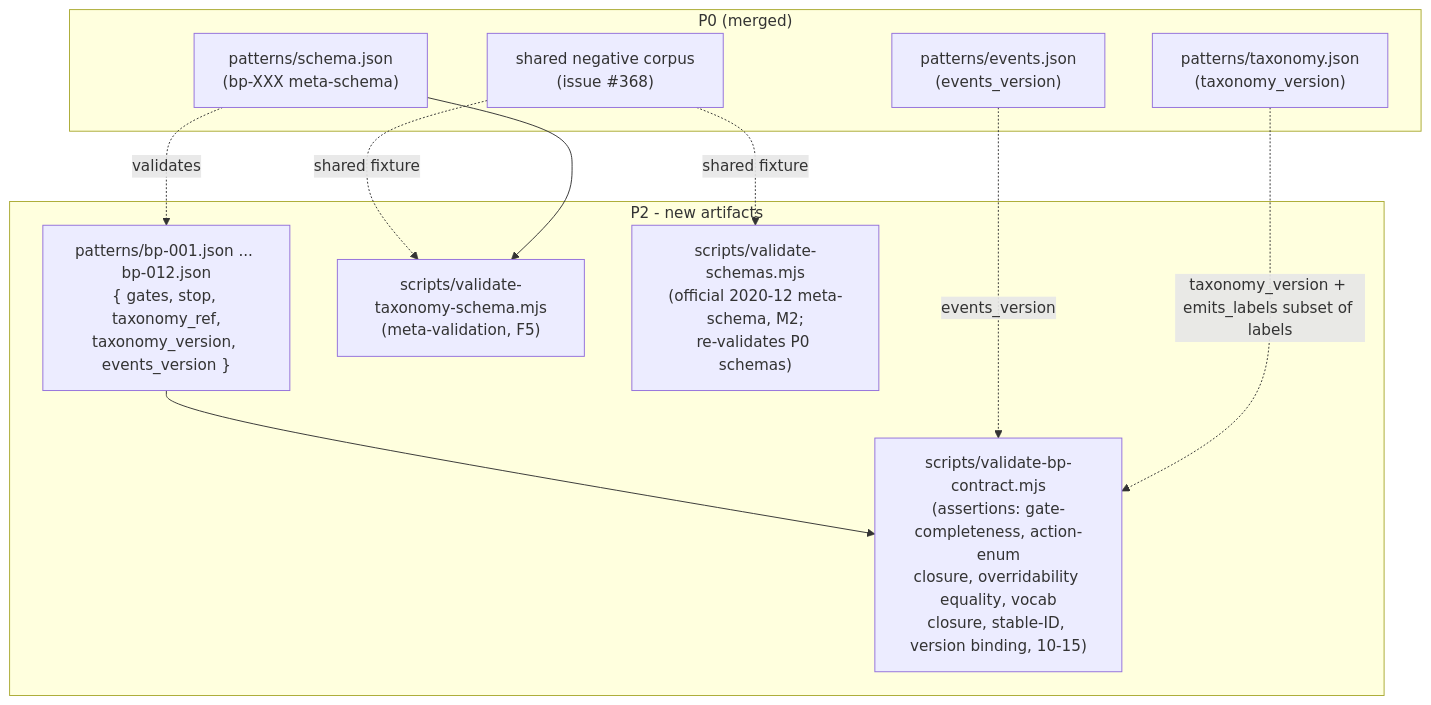
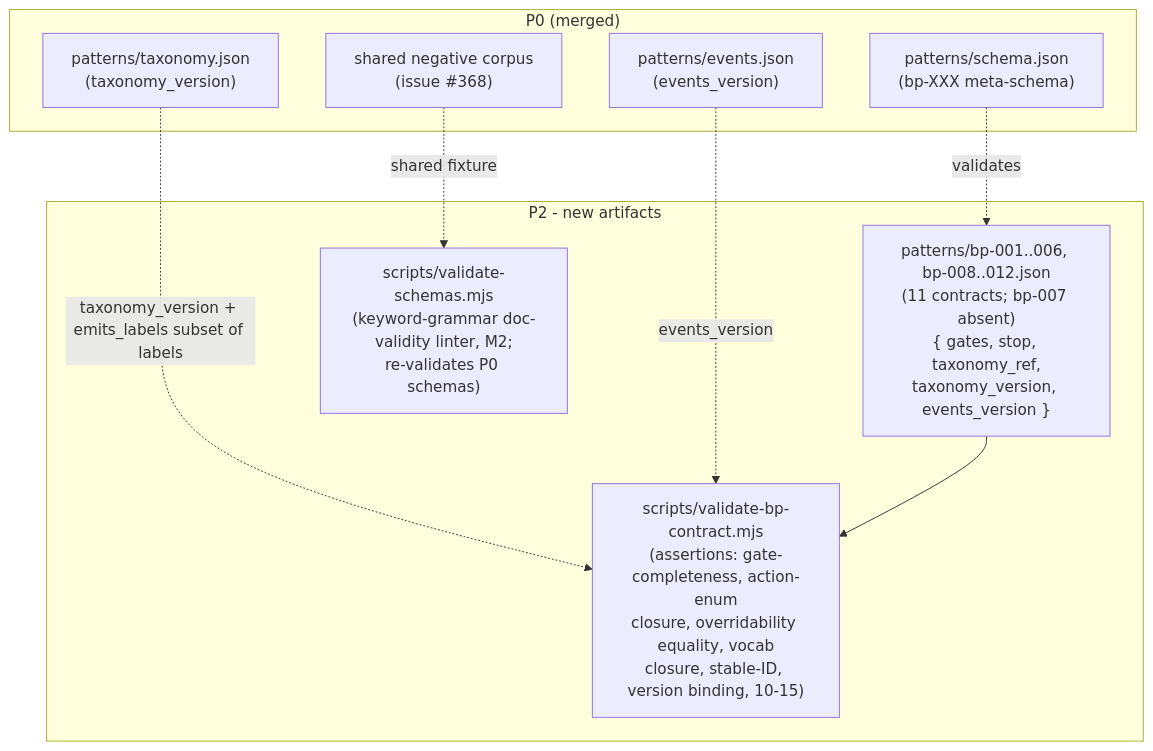
One commit to lantisprime/episodic-memory changed the diagram in docs/rfcs/RFC-008/P2-bp-contracts.md. Above: the diagram before and after it, drawn with Mermaid. The commit also changed other lines of this file and 3 other files, not shown here.

````diff
--- a/docs/rfcs/RFC-008/P2-bp-contracts.md
+++ b/docs/rfcs/RFC-008/P2-bp-contracts.md
@@ -19,24 +19,21 @@
 ```mermaid
 graph TB
     subgraph P0["P0 (merged)"]
         META["patterns/schema.json<br/>(bp-XXX meta-schema)"]
         TAX["patterns/taxonomy.json<br/>(taxonomy_version)"]
         EVS["patterns/events.json<br/>(events_version)"]
         CORP["shared negative corpus<br/>(issue #368)"]
     end
 
     subgraph P2NEW["P2 - new artifacts"]
-        BP["patterns/bp-001.json ... bp-012.json<br/>{ gates, stop, taxonomy_ref,<br/>taxonomy_version, events_version }"]
+        BP["patterns/bp-001..006, bp-008..012.json<br/>(11 contracts; bp-007 absent)<br/>{ gates, stop, taxonomy_ref,<br/>taxonomy_version, events_version }"]
         VBP["scripts/validate-bp-contract.mjs<br/>(assertions: gate-completeness, action-enum<br/>closure, overridability equality, vocab<br/>closure, stable-ID, version binding, 10-15)"]
-        VTS["scripts/validate-taxonomy-schema.mjs<br/>(meta-validation, F5)"]
-        VS["scripts/validate-schemas.mjs<br/>(official 2020-12 meta-schema, M2;<br/>re-validates P0 schemas)"]
+        VS["scripts/validate-schemas.mjs<br/>(keyword-grammar doc-validity linter, M2;<br/>re-validates P0 schemas)"]
     end
 
     META -. validates .-> BP
     TAX -. taxonomy_version + emits_labels subset of labels .-> VBP
     EVS -. events_version .-> VBP
     BP --> VBP
-    META --> VTS
     CORP -. shared fixture .-> VS
-    CORP -. shared fixture .-> VTS
 ```
````
